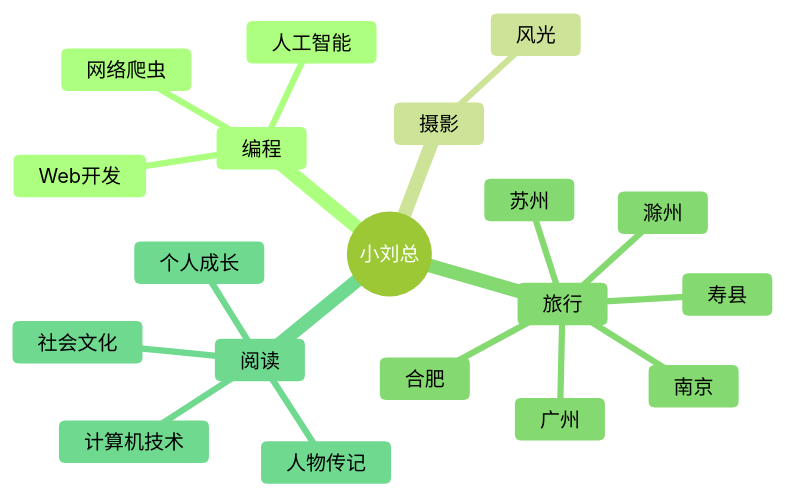
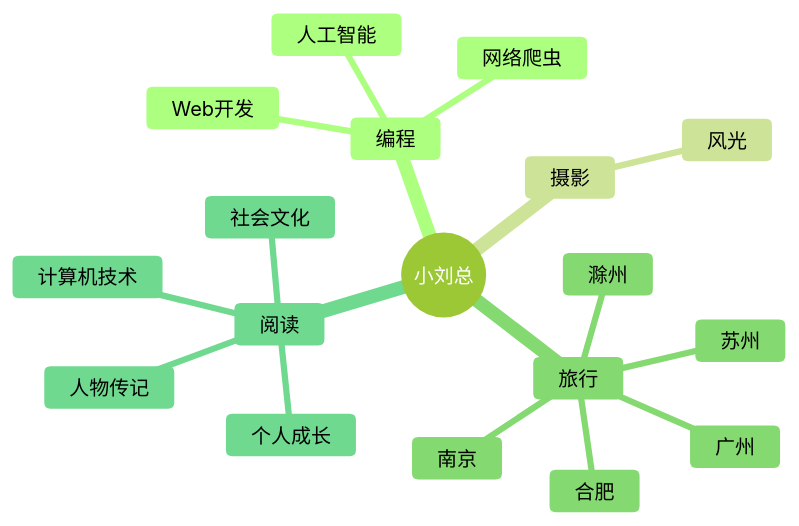
Before and after one commit to zainlau/hello: the diagram in README.md, drawn with Mermaid (forest theme). The commit also changed other lines of this file, not shown here.

````diff
--- a/README.md
+++ b/README.md
@@ -166,22 +166,21 @@
 ```mermaid
 mindmap
   root((小刘总))
     编程
       Web开发
       网络爬虫
       人工智能
     摄影
       风光
     旅行
       广州
       苏州
       南京
       滁州
       合肥
-      寿县
     阅读
       人物传记
       个人成长
       社会文化
       计算机技术
 ```
````
